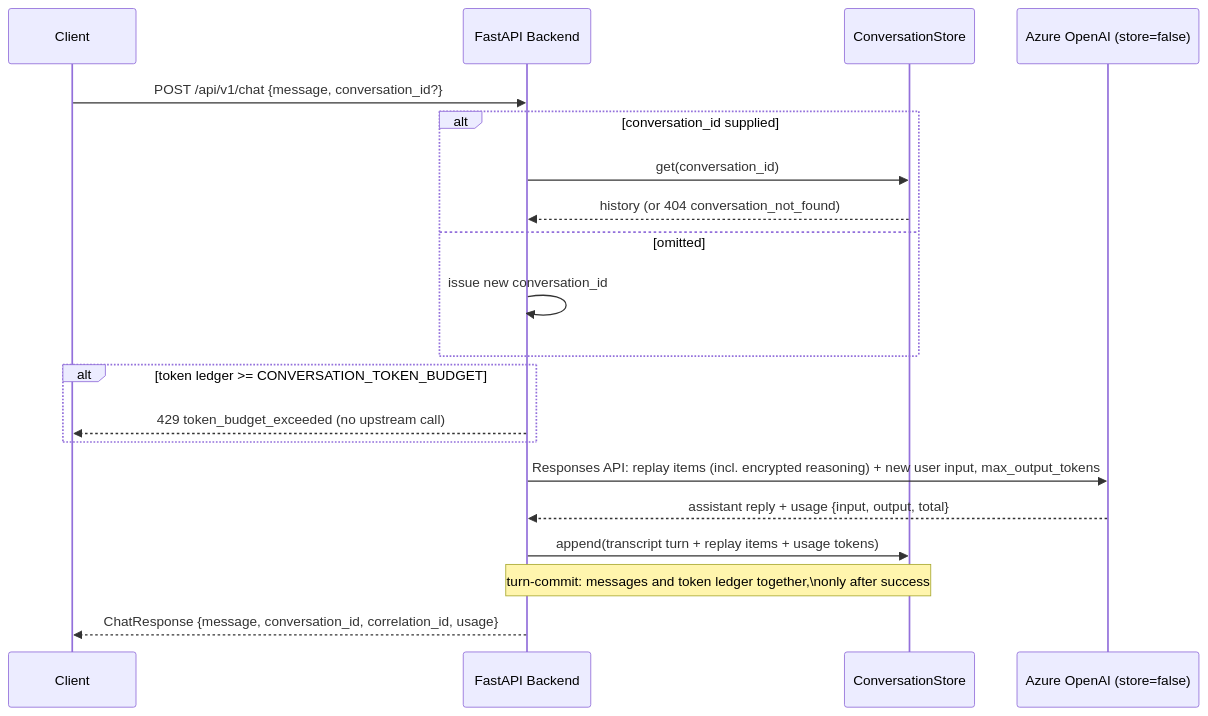
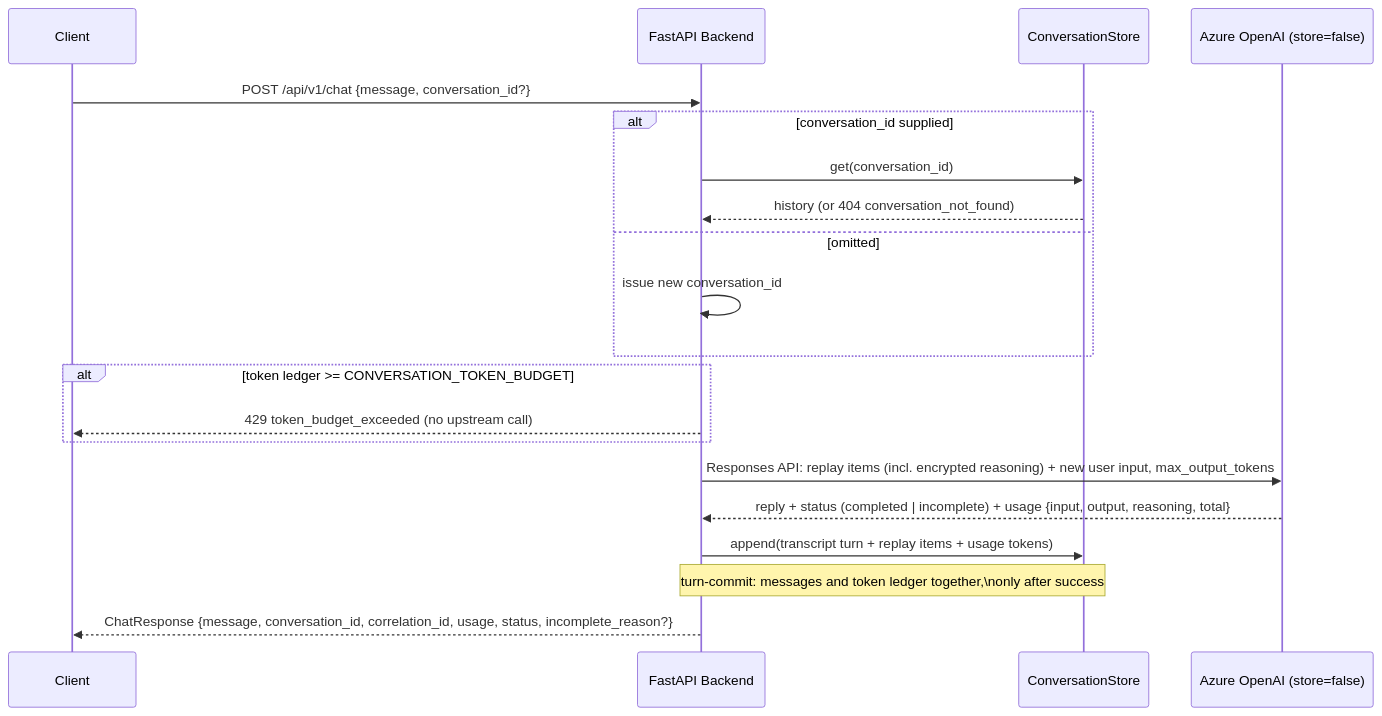
One commit to kehao-playground/azure-genai-backend-lab changed the diagram in docs/diagrams/chat-sequence.md. Above: the diagram before and after it, drawn with Mermaid. The commit also changed 3 other files, not shown here.

Commit message:
docs: Day 9 review r01 — budget alert as delayed notification, usage-signal wording, non-streaming incomplete contract in docs

````diff
--- a/docs/diagrams/chat-sequence.md
+++ b/docs/diagrams/chat-sequence.md
@@ -3,23 +3,23 @@
 ```mermaid
 sequenceDiagram
     participant Client
     participant API as FastAPI Backend
     participant Store as ConversationStore
     participant LLM as Azure OpenAI (store=false)
 
     Client->>API: POST /api/v1/chat {message, conversation_id?}
     alt conversation_id supplied
         API->>Store: get(conversation_id)
         Store-->>API: history (or 404 conversation_not_found)
     else omitted
         API->>API: issue new conversation_id
     end
     alt token ledger >= CONVERSATION_TOKEN_BUDGET
         API-->>Client: 429 token_budget_exceeded (no upstream call)
     end
     API->>LLM: Responses API: replay items (incl. encrypted reasoning) + new user input, max_output_tokens
-    LLM-->>API: assistant reply + usage {input, output, total}
+    LLM-->>API: reply + status (completed | incomplete) + usage {input, output, reasoning, total}
     API->>Store: append(transcript turn + replay items + usage tokens)
     Note over API,Store: turn-commit: messages and token ledger together,\nonly after success
-    API-->>Client: ChatResponse {message, conversation_id, correlation_id, usage}
+    API-->>Client: ChatResponse {message, conversation_id, correlation_id, usage, status, incomplete_reason?}
 ```
````
